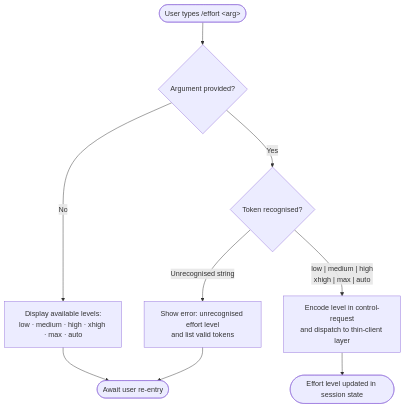
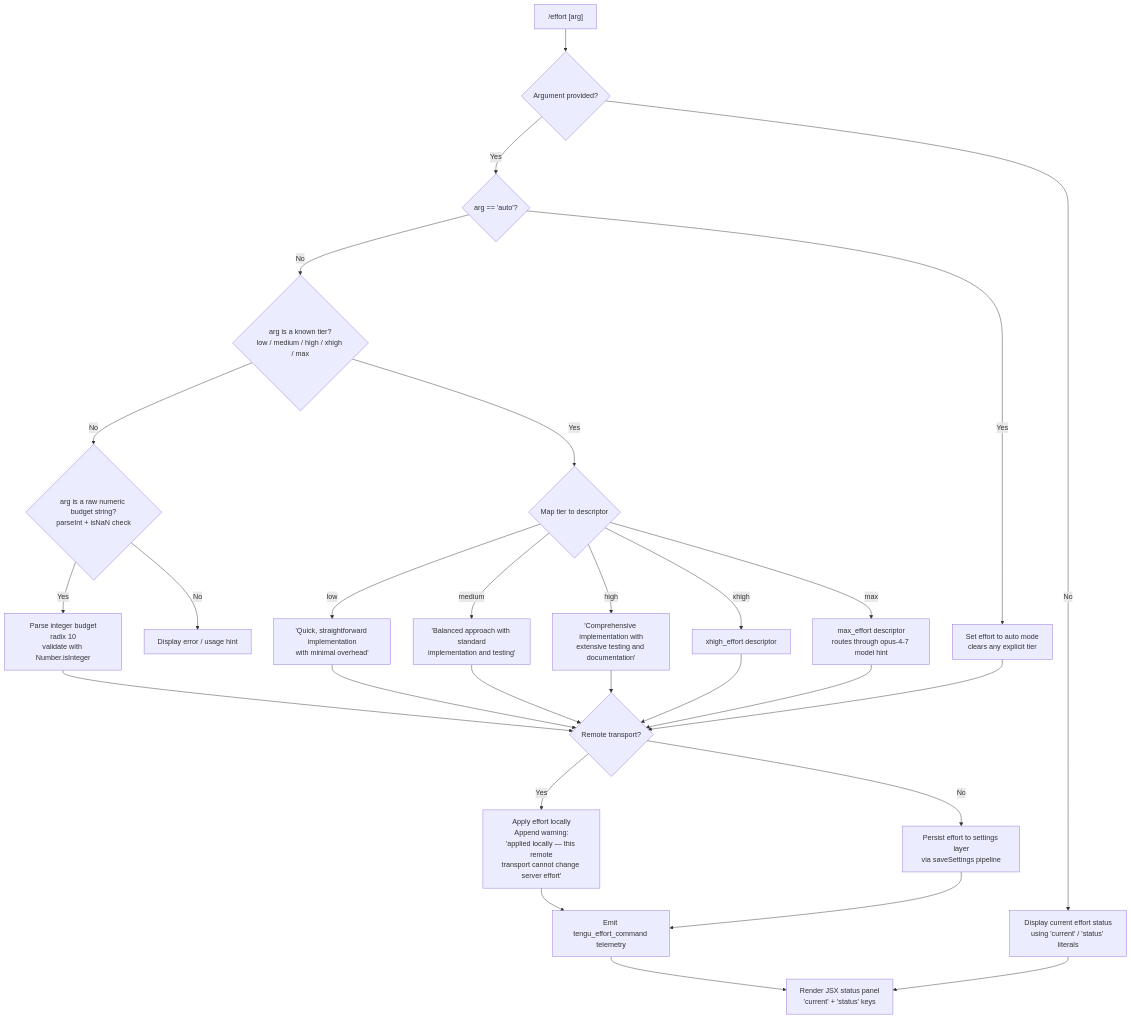
One commit to MyLittleLuckyDog/cc-gnothi changed the diagram in versions/v2.1.139/effort.md. Above: the diagram before and after it, drawn with Mermaid. The commit also changed other lines of this file and 97 other files, not shown here.

````diff
--- a/versions/v2.1.139/effort.md
+++ b/versions/v2.1.139/effort.md
@@ -43,11 +57,30 @@
 ```mermaid
 flowchart TD
-    A([User types /effort &lt;arg&gt;]) --> B{Argument provided?}
-    B -- No --> C[Display available levels:\nlow · medium · high · xhigh · max · auto]
-    B -- Yes --> D{Token recognised?}
-    D -- "low | medium | high\nxhigh | max | auto" --> E[Encode level in control-request\nand dispatch to thin-client layer]
-    D -- Unrecognised string --> F[Show error: unrecognised effort level\nand list valid tokens]
-    E --> G([Effort level updated in session state])
-    C --> H([Await user re-entry])
-    F --> H
+    A["/effort [arg]"] --> B{Argument provided?}
+    B -- No --> C[Display current effort status\nusing 'current' / 'status' literals]
+    B -- Yes --> D{arg == 'auto'?}
+    D -- Yes --> E[Set effort to auto mode\nclears any explicit tier]
+    D -- No --> F{arg is a known tier?\nlow / medium / high / xhigh / max}
+    F -- No --> G{arg is a raw numeric budget string?\nparseInt + isNaN check}
+    G -- No --> H[Display error / usage hint]
+    G -- Yes --> I[Parse integer budget\nradix 10\nvalidate with Number.isInteger]
+    F -- Yes --> J{Map tier to descriptor}
+    J -- low --> K["'Quick, straightforward implementation\nwith minimal overhead'"]
+    J -- medium --> L["'Balanced approach with standard\nimplementation and testing'"]
+    J -- high --> M["'Comprehensive implementation with\nextensive testing and documentation'"]
+    J -- xhigh --> N[xhigh_effort descriptor]
+    J -- max --> O[max_effort descriptor\nroutes through opus-4-7 model hint]
+    I --> P{Remote transport?}
+    K --> P
+    L --> P
+    M --> P
+    N --> P
+    O --> P
+    E --> P
+    P -- Yes --> Q[Apply effort locally\nAppend warning:\n'applied locally — this remote\ntransport cannot change server effort']
+    P -- No --> R[Persist effort to settings layer\nvia saveSettings pipeline]
+    Q --> S[Emit tengu_effort_command telemetry]
+    R --> S
+    S --> T[Render JSX status panel\n'current' + 'status' keys]
+    C --> T
 ```
````
